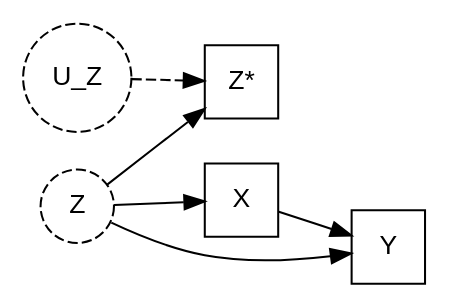
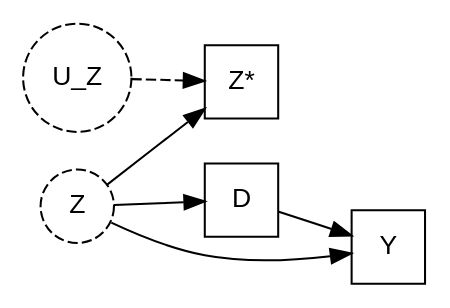
One commit to LondonMae/measurement-error-tutorial changed the second of 2 diagrams in index.qmd. Above: the diagram before and after it, drawn with Graphviz. The commit also changed other lines of this file, not shown here.

````diff
--- a/index.qmd
+++ b/index.qmd
@@ -410,19 +410,19 @@
 ```{dot}
 //| label: fig-dag-conditioning-me
-//| fig-cap: "ME in a conditioning variable. Z is the true (unobserved) confounder; Z* is the observed proxy. Conditioning on Z* instead of Z leaves the backdoor path X ← Z → Y partially open."
+//| fig-cap: "ME in a conditioning variable. Z is the true (unobserved) confounder; Z* is the observed proxy. Conditioning on Z* instead of Z leaves the backdoor path D ← Z → Y partially open."
 //| fig-height: 2.2
 digraph {
   rankdir=LR
   node [fontname="Helvetica" fontsize=13]
   Z     [shape=circle style=dashed]
   Zstar [shape=square  label="Z*"]
   UZ    [shape=circle  style=dashed label="U_Z"]
-  X     [shape=square]
+  D     [shape=square]
   Y     [shape=square]
-  Z -> X
+  Z -> D
   Z -> Y
   Z -> Zstar
   UZ -> Zstar [style=dashed]
-  X -> Y
+  D -> Y
 }
 ```
````
